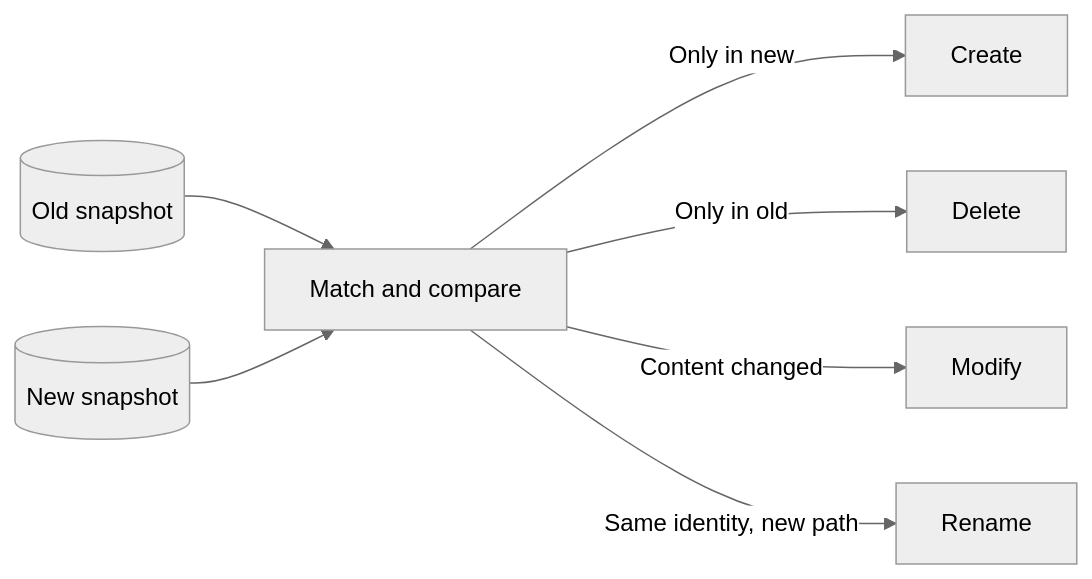
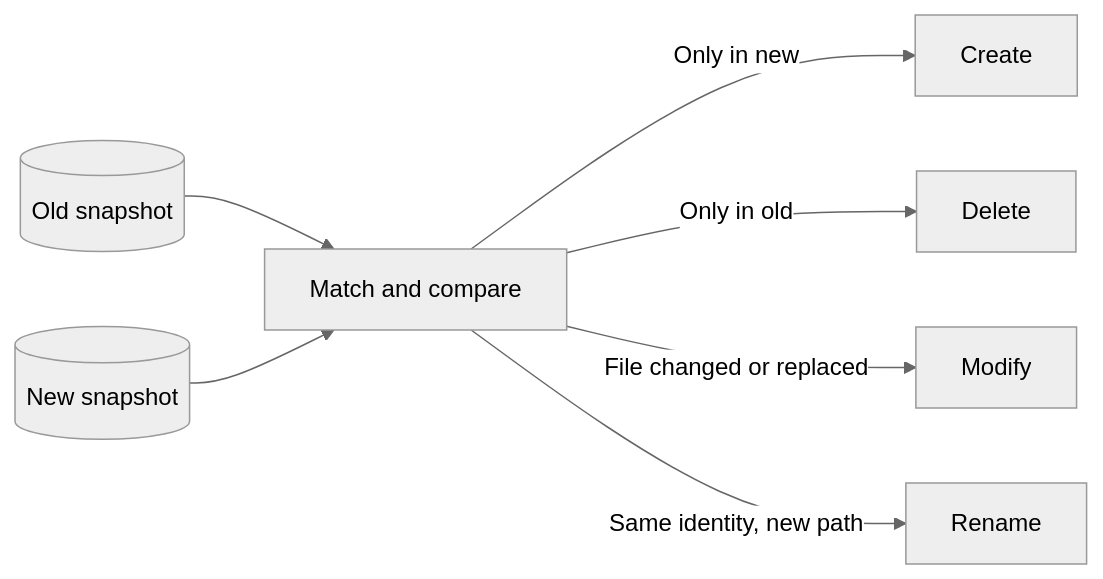
One commit to maximmuss699/Directory-scanner-wth-database changed the second of 2 diagrams in README.md. Above: the diagram before and after it, drawn with Mermaid (neutral theme). The commit also changed other lines of this file and 3 other files, not shown here.

````diff
--- a/README.md
+++ b/README.md
@@ -99,9 +100,9 @@
 ```mermaid
 flowchart LR
     A[(Old snapshot)] --> C[Match and compare]
     B[(New snapshot)] --> C
     C -->|Only in new| D[Create]
     C -->|Only in old| E[Delete]
-    C -->|Content changed| F[Modify]
+    C -->|File changed or replaced| F[Modify]
     C -->|Same identity, new path| G[Rename]
 ```
````
